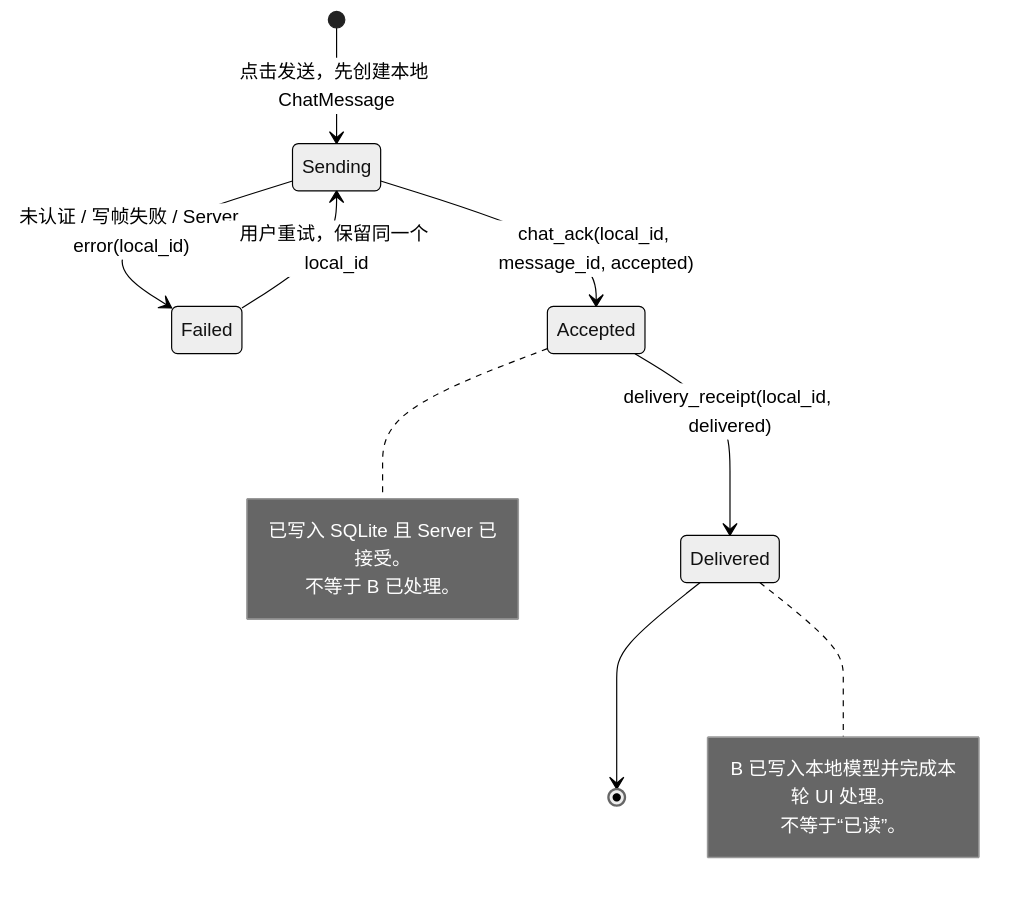
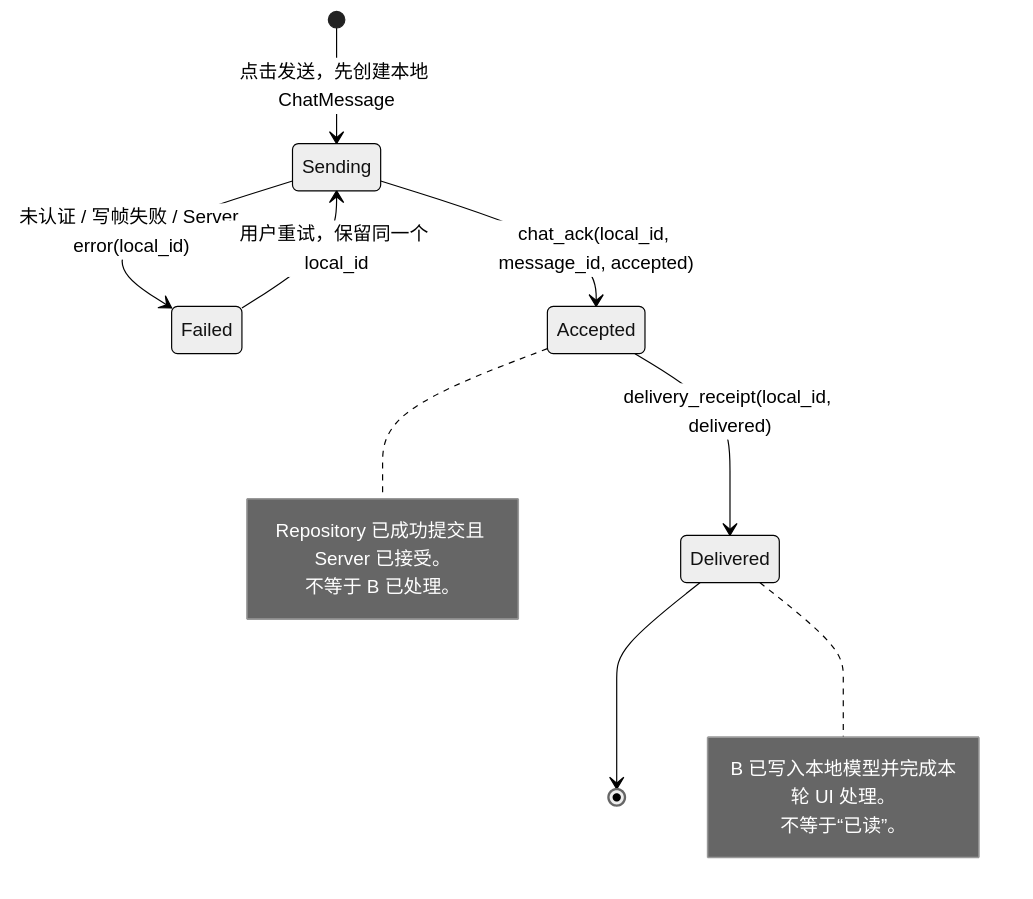
One commit to JiangZhuoChun/ChatHub changed the third of 4 diagrams in docs/ChatHub协议字段与状态流向总图.md. Above: the diagram before and after it, drawn with Mermaid (neutral theme). The commit also changed other lines of this file and 21 other files, not shown here.

````diff
--- a/docs/ChatHub协议字段与状态流向总图.md
+++ b/docs/ChatHub协议字段与状态流向总图.md
@@ -133,18 +142,18 @@
 ```mermaid
 stateDiagram-v2
     [*] --> Sending: 点击发送，先创建本地 ChatMessage
     Sending --> Failed: 未认证 / 写帧失败 / Server error(local_id)
     Sending --> Accepted: chat_ack(local_id, message_id, accepted)
     Failed --> Sending: 用户重试，保留同一个 local_id
     Accepted --> Delivered: delivery_receipt(local_id, delivered)
     Delivered --> [*]
 
     note right of Accepted
-        已写入 SQLite 且 Server 已接受。
+        Repository 已成功提交且 Server 已接受。
         不等于 B 已处理。
     end note
     note right of Delivered
         B 已写入本地模型并完成本轮 UI 处理。
         不等于“已读”。
     end note
 ```
````
